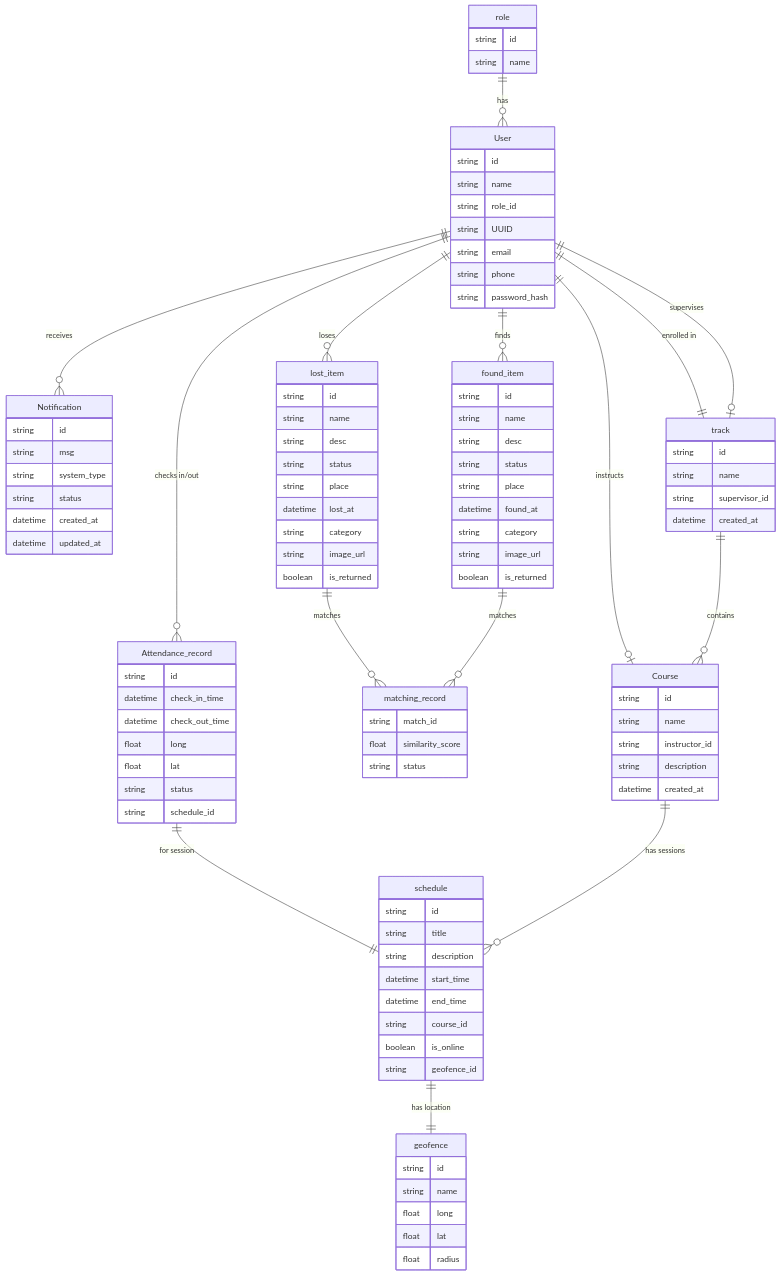
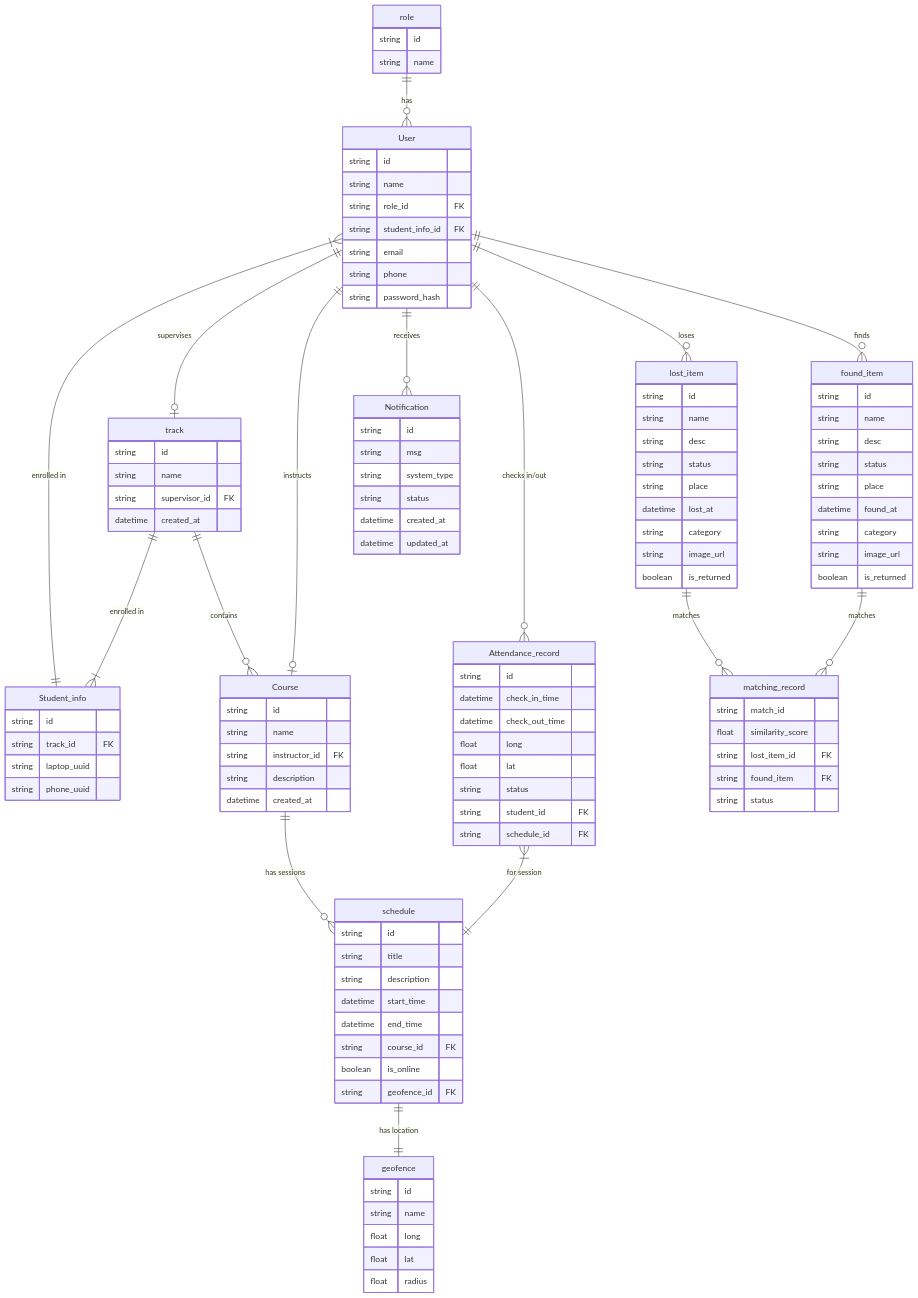
Before and after one commit to OmarDerwy/ITI-Attendance-Backend: the diagram in erd.mermaid, drawn with Mermaid.

Commit message:
docs(erd): found mistakes in ERD and corrected them

```diff
--- a/erd.mermaid
+++ b/erd.mermaid
@@ -1,104 +1,115 @@
 erDiagram
     User {
         string id
         string name
-        string role_id
-        string UUID
+        string role_id FK
+        string student_info_id FK
         string email
         string phone
         string password_hash
     }
     Notification {
         string id
         string msg
         string system_type
         string status
         datetime created_at
         datetime updated_at
     }
     Attendance_record {
         string id
         datetime check_in_time
         datetime check_out_time
         float long
         float lat
         string status
-        string schedule_id
+        string student_id FK
+        string schedule_id FK
     }
     geofence {
         string id
         string name
         float long
         float lat
         float radius
     }
     track {
         string id
         string name
-        string supervisor_id
+        string supervisor_id FK
         datetime created_at
     }
     lost_item {
         string id
         string name
         string desc
         string status
         string place
         datetime lost_at
         string category
         string image_url
         boolean is_returned
     }
     found_item {
         string id
         string name
         string desc
         string status
         string place
         datetime found_at
         string category
         string image_url
         boolean is_returned
     }
     matching_record {
         string match_id
         float similarity_score
+        string lost_item_id FK
+        string found_item FK
         string status
     }
     role {
         string id
         string name
     }
     schedule {
         string id
         string title
         string description
         datetime start_time
         datetime end_time
-        string course_id
+        string course_id FK
         boolean is_online
-        string geofence_id
+        string geofence_id FK
     }
     Course {
         string id
         string name
-        string instructor_id
+        string instructor_id FK
         string description
         datetime created_at
     }
+    Student_info{
+        string id
+        string track_id FK
+        string laptop_uuid
+        string phone_uuid
+    }
 
     role ||--o{ User : "has"
-    User ||--|| track : "enrolled in"
+    User }|--|| Student_info : "enrolled in"
+    track ||--|{ Student_info : "enrolled in"
     User ||--o| track : "supervises"
     User ||--o| Course : "instructs"
     User ||--o{ Notification : "receives"
     User ||--o{ Attendance_record : "checks in/out"
     User ||--o{ lost_item : "loses"
     User ||--o{ found_item : "finds"
     lost_item ||--o{ matching_record : "matches"
     found_item ||--o{ matching_record : "matches"
     %% schedule ||--|| track : "belongs to"
     schedule ||--|| geofence : "has location"
-    Attendance_record ||--|| schedule : "for session"
+    Attendance_record }|--|| schedule : "for session"
     Course ||--o{ schedule : "has sessions"
     track ||--o{ Course : "contains"
+    %% we might want to make track - course relationship manytomany for courses that include many tracks such as soft skills and such
```
